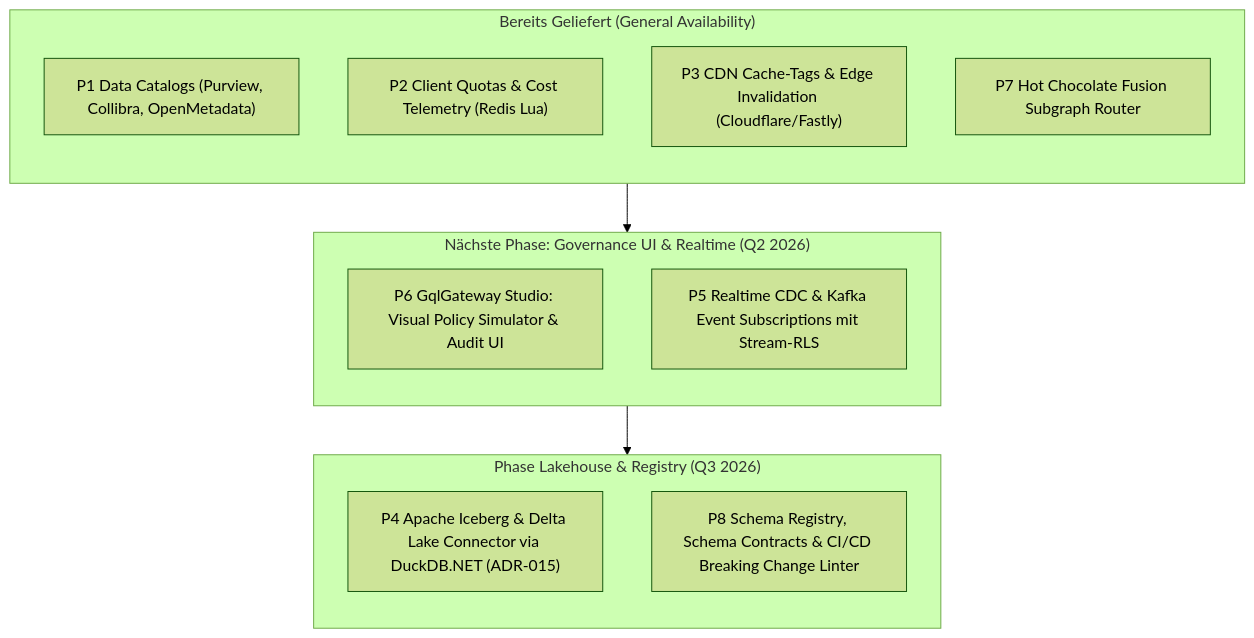
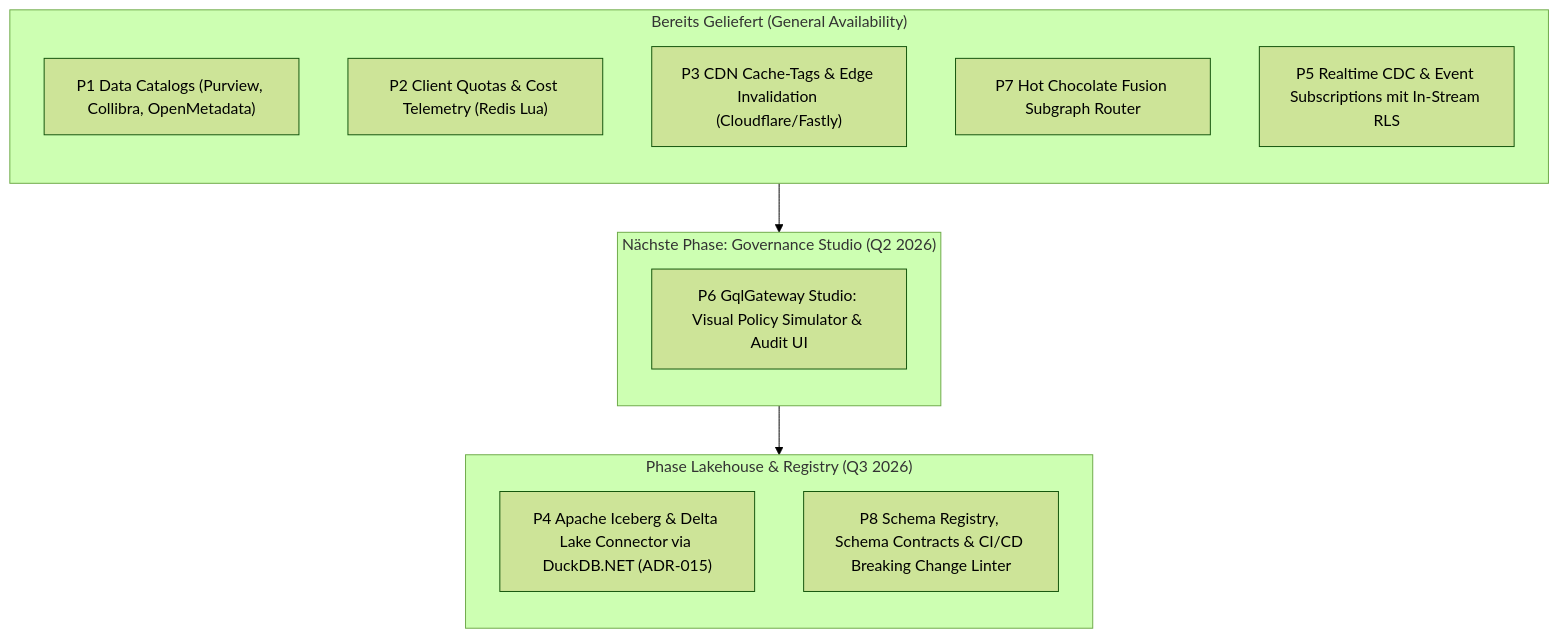
One commit to themulle/gql changed the diagram in marktanalyse.md. Above: the diagram before and after it, drawn with Mermaid (forest theme). The commit also changed other lines of this file and 17 other files, not shown here.

Commit message:
feat(streaming): Implement P5 Realtime Event Subscriptions with in-stream Casbin RLS, column masking and CDC ingestion

````diff
--- a/marktanalyse.md
+++ b/marktanalyse.md
@@ -78,25 +78,25 @@
 ```mermaid
 flowchart TD
     subgraph Delivered["Bereits Geliefert (General Availability)"]
         direction TB
         D1["P1 Data Catalogs (Purview, Collibra, OpenMetadata)"]
         D2["P2 Client Quotas & Cost Telemetry (Redis Lua)"]
         D3["P3 CDN Cache-Tags & Edge Invalidation (Cloudflare/Fastly)"]
         D4["P7 Hot Chocolate Fusion Subgraph Router"]
+        D5["P5 Realtime CDC & Event Subscriptions mit In-Stream RLS"]
     end
 
-    subgraph PhaseNext["Nächste Phase: Governance UI & Realtime (Q2 2026)"]
+    subgraph PhaseNext["Nächste Phase: Governance Studio (Q2 2026)"]
         direction TB
         E1["P6 GqlGateway Studio: Visual Policy Simulator & Audit UI"]
-        E2["P5 Realtime CDC & Kafka Event Subscriptions mit Stream-RLS"]
     end
 
     subgraph PhaseLakehouse["Phase Lakehouse & Registry (Q3 2026)"]
         direction TB
         F1["P4 Apache Iceberg & Delta Lake Connector via DuckDB.NET (ADR-015)"]
         F2["P8 Schema Registry, Schema Contracts & CI/CD Breaking Change Linter"]
     end
 
     Delivered --> PhaseNext
     PhaseNext --> PhaseLakehouse
 ```
````
